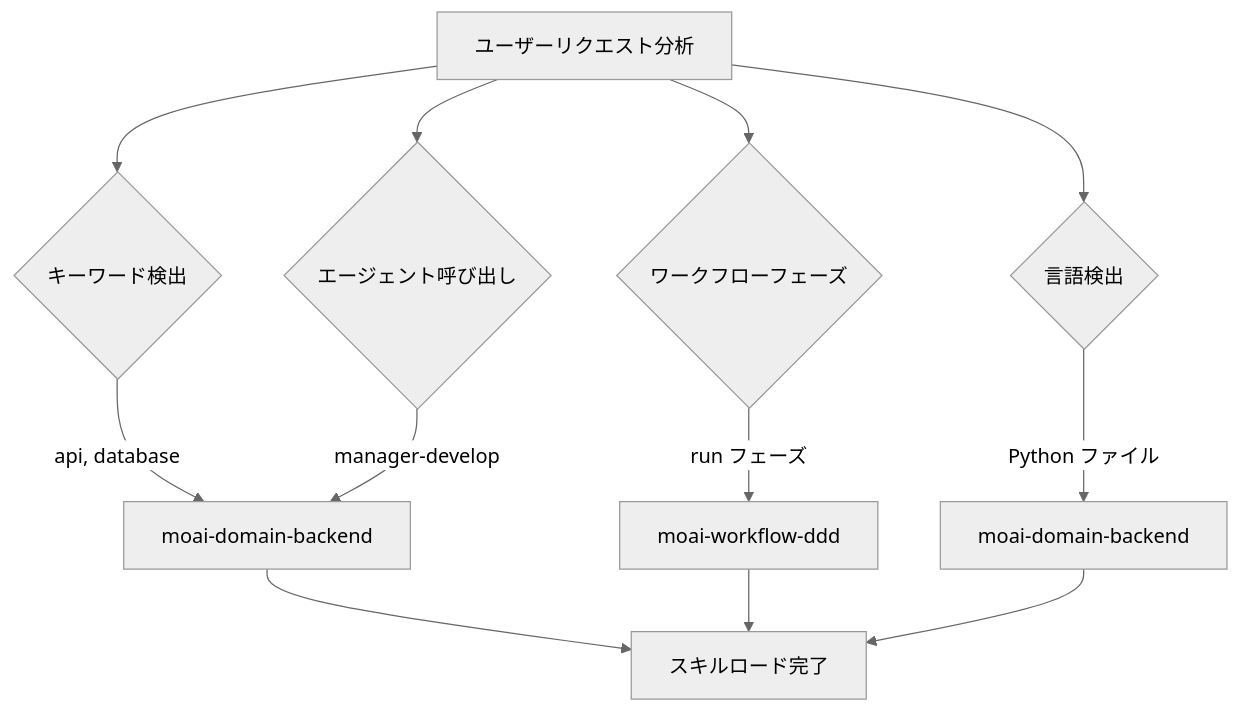
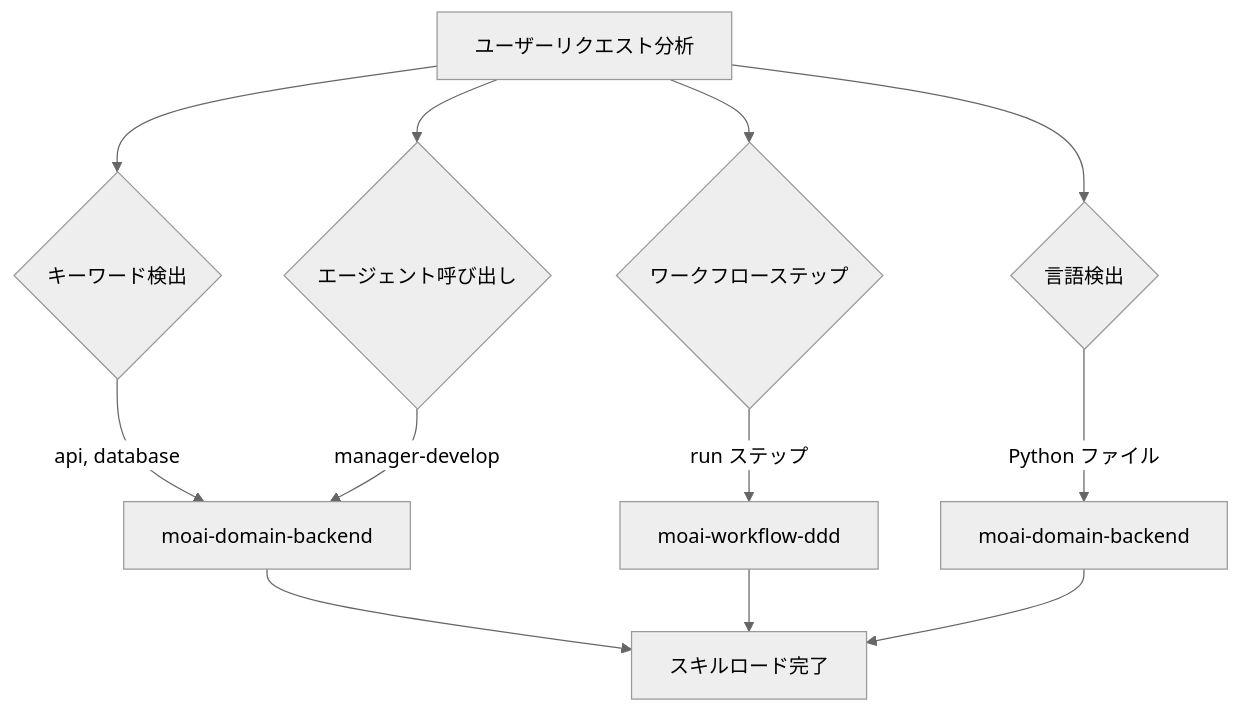
Before and after one commit to modu-ai/moai-adk: the third of 4 diagrams in docs-site/content/ja/advanced/skill-guide.md, drawn with Mermaid (neutral theme). The commit also changed other lines of this file and 180 other files, not shown here.

````diff
--- a/docs-site/content/ja/advanced/skill-guide.md
+++ b/docs-site/content/ja/advanced/skill-guide.md
@@ -158,16 +158,16 @@
 ```mermaid
 flowchart TD
     REQ[ユーザーリクエスト分析] --> KW{キーワード検出}
     REQ --> AG{エージェント呼び出し}
-    REQ --> PH{ワークフローフェーズ}
+    REQ --> PH{ワークフローステップ}
     REQ --> LN{言語検出}
 
     KW -->|"api, database"| SKILL1[moai-domain-backend]
     AG -->|"manager-develop"| SKILL1
-    PH -->|"run フェーズ"| SKILL2[moai-workflow-ddd]
+    PH -->|"run ステップ"| SKILL2[moai-workflow-ddd]
     LN -->|"Python ファイル"| SKILL3[moai-domain-backend]
 
     SKILL1 --> LOAD[スキルロード完了]
     SKILL2 --> LOAD
     SKILL3 --> LOAD
 ```
````
